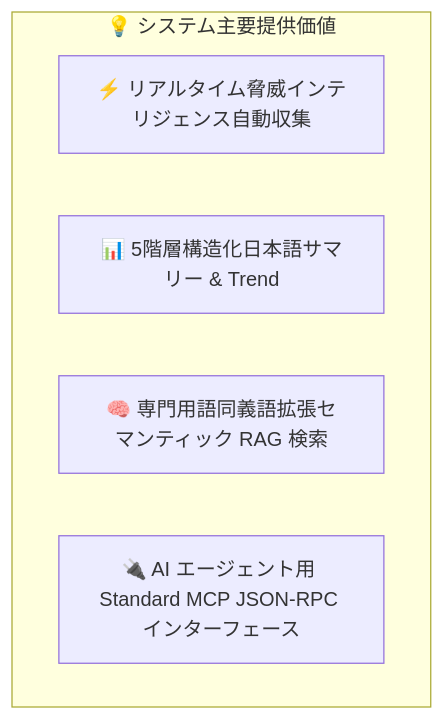
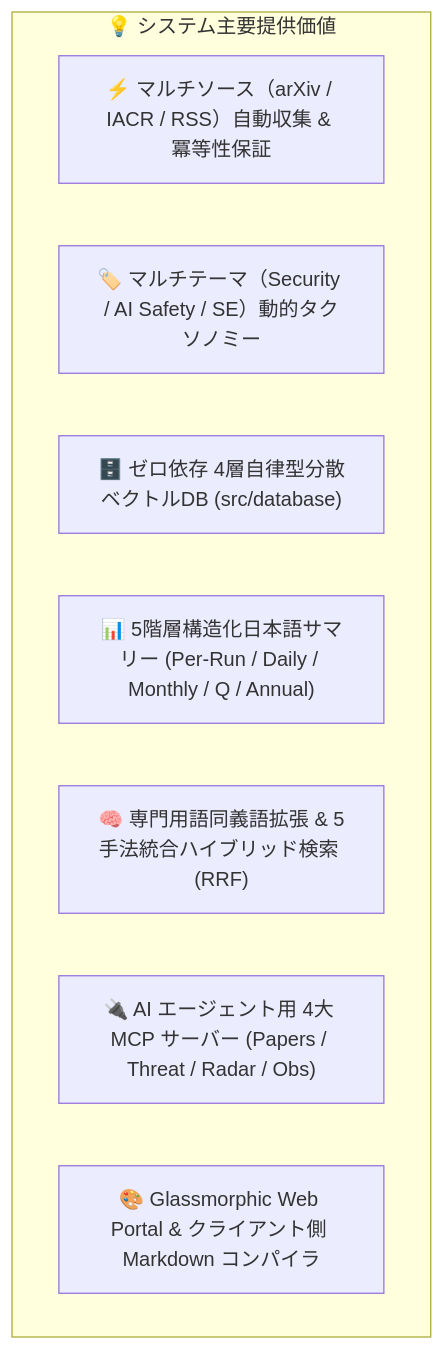
Before and after one commit to rokujyouhitoma/arxiv-security-papers: the first of 2 diagrams in docs/designs/DSN-01-high_level_design.md, drawn with Mermaid. The commit also changed other lines of this file and 14 other files, not shown here.

````diff
--- a/docs/designs/DSN-01-high_level_design.md
+++ b/docs/designs/DSN-01-high_level_design.md
@@ -11,9 +11,12 @@
 ```mermaid
 flowchart TD
     subgraph CoreValue ["💡 システム主要提供価値"]
-        V1["⚡ リアルタイム脅威インテリジェンス自動収集"]
-        V2["📊 5階層構造化日本語サマリー & Trend"]
-        V3["🧠 専門用語同義語拡張セマンティック RAG 検索"]
-        V4["🔌 AI エージェント用 Standard MCP JSON-RPC インターフェース"]
+        V1["⚡ マルチソース（arXiv / IACR / RSS）自動収集 & 冪等性保証"]
+        V2["🏷️ マルチテーマ（Security / AI Safety / SE）動的タクソノミー"]
+        V3["🗄️ ゼロ依存 4層自律型分散ベクトルDB (src/database)"]
+        V4["📊 5階層構造化日本語サマリー (Per-Run / Daily / Monthly / Q / Annual)"]
+        V5["🧠 専門用語同義語拡張 & 5手法統合ハイブリッド検索 (RRF)"]
+        V6["🔌 AI エージェント用 4大 MCP サーバー (Papers / Threat / Radar / Obs)"]
+        V7["🎨 Glassmorphic Web Portal & クライアント側 Markdown コンパイラ"]
     end
 ```
````
